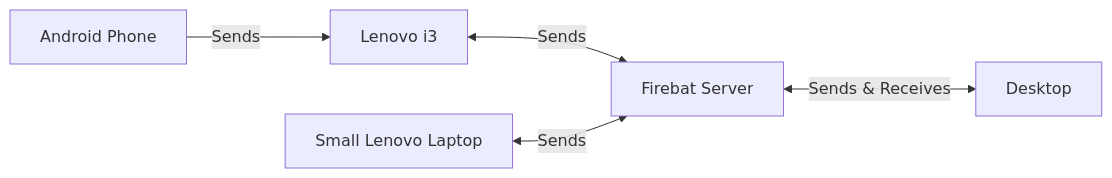
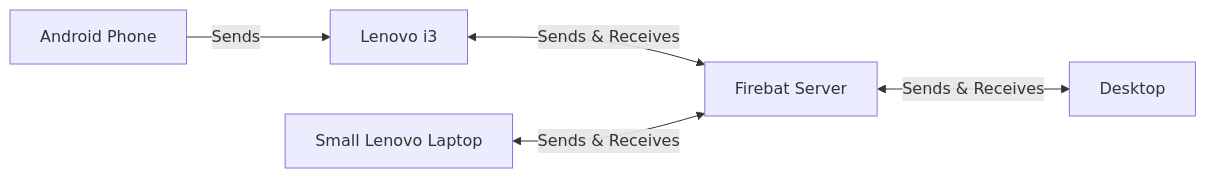
One commit to jlleongarcia/jlleongarcia changed the diagram in content/blog/tinker-firebat.md. Above: the diagram before and after it, drawn with Mermaid. The commit also changed other lines of this file, not shown here.

````diff
--- a/content/blog/tinker-firebat.md
+++ b/content/blog/tinker-firebat.md
@@ -80,8 +80,8 @@
 ```mermaid
 graph LR
     A[Android Phone] -- Sends --> B[Lenovo i3]
-    B -- Sends <--> C[Firebat Server]
+    B -- Sends & Receives <--> C[Firebat Server]
     
     C -- Sends & Receives <--> D[Desktop]
-    E[Small Lenovo Laptop] -- Sends <--> C
+    E[Small Lenovo Laptop] -- Sends & Receives <--> C
 ```
````
